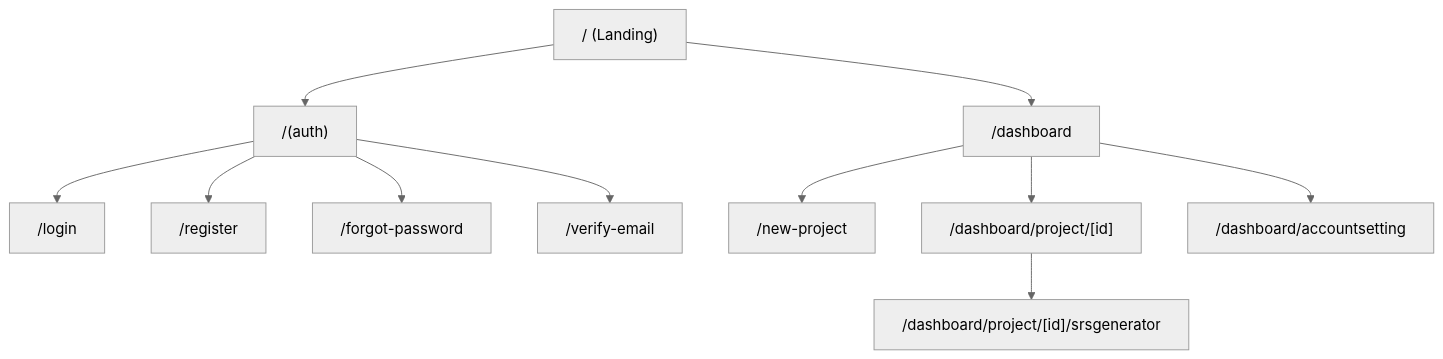
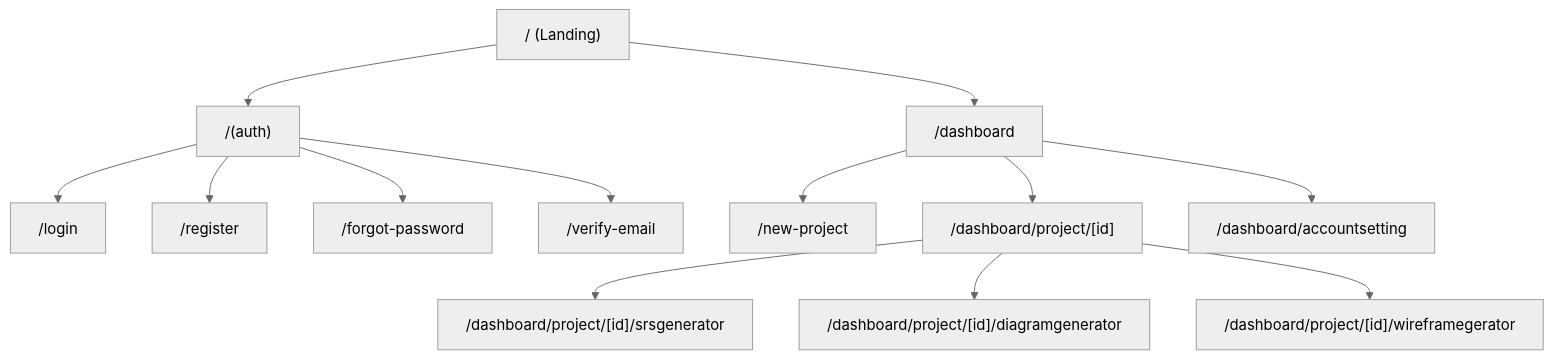
The second of 2 diagrams in docs/architecture/architecture.md (KHTNK22-DATN-BA-Copilot/ba_copilot_frontend), drawn with Mermaid (neutral theme) before and after one commit.

Commit message:
update: update flow and structure sesstion in architecture document

````diff
--- a/docs/architecture/architecture.md
+++ b/docs/architecture/architecture.md
@@ -212,25 +212,29 @@
 ```mermaid
 graph TD
     Root["/  (Landing)"]
     Auth["/(auth)"]
     Login["/login"]
     Register["/register"]
     ForgotPwd["/forgot-password"]
     VerifyEmail["/verify-email"]
     Dashboard["/dashboard"]
     NewProject["/new-project"]
     ProjectDetail["/dashboard/project/[id]"]
     SRSGen["/dashboard/project/[id]/srsgenerator"]
+    Wireframe["/dashboard/project/[id]/wireframegerator"]
+    Diagram["/dashboard/project/[id]/diagramgenerator"]
     AccountSetting["/dashboard/accountsetting"]
     
     Root --> Auth
     Root --> Dashboard
     Auth --> Login
     Auth --> Register
     Auth --> ForgotPwd
     Auth --> VerifyEmail
     Dashboard --> NewProject
     Dashboard --> ProjectDetail
     Dashboard --> AccountSetting
     ProjectDetail --> SRSGen
+    ProjectDetail --> Diagram
+    ProjectDetail --> Wireframe
 ```
````
